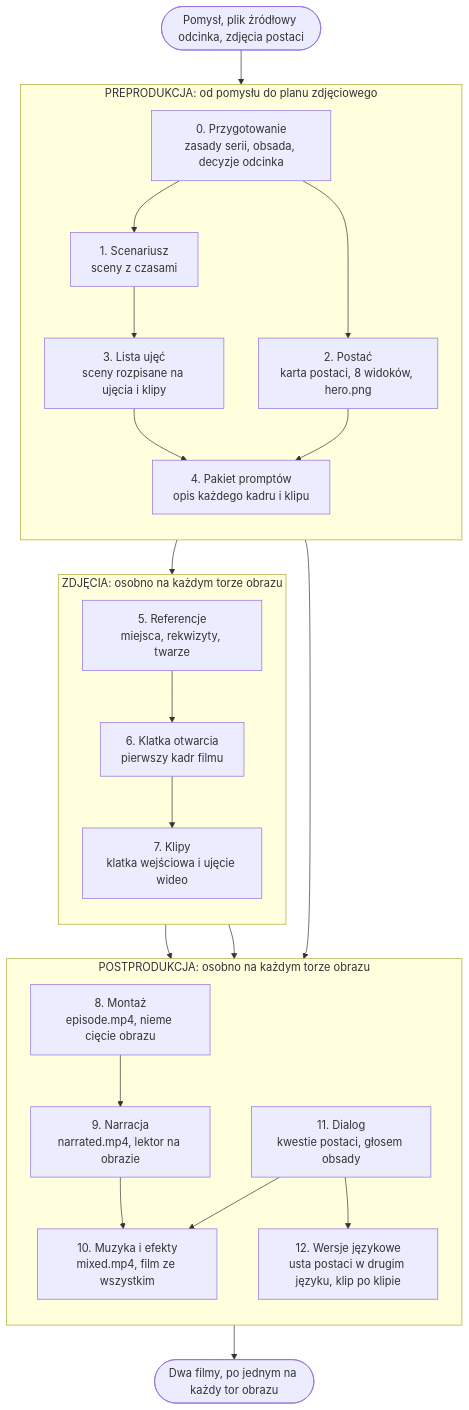
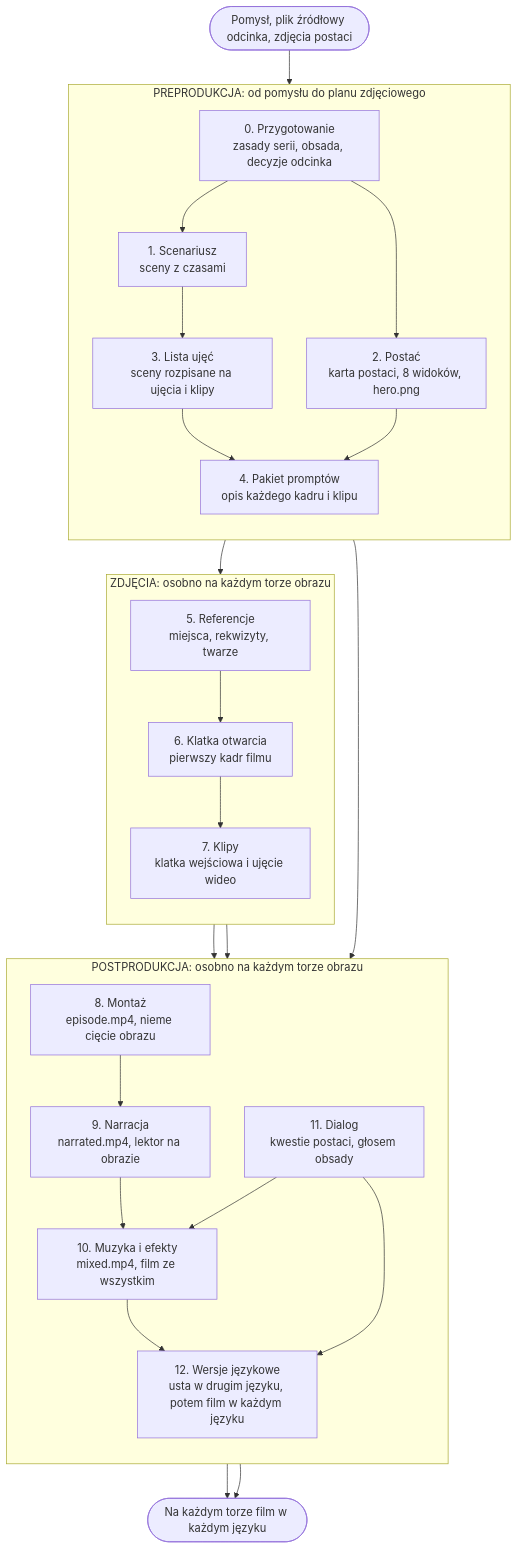
Before and after one commit to auditmos/aimator: the diagram in docs/jak-to-powstaje.md, drawn with Mermaid. The commit also changed other lines of this file and 1 other file, not shown here.

First line of the commit message:
feat(site): etap 12 oddaje dwa filmy toru na stronie „Jak to powstaje”

````diff
--- a/docs/jak-to-powstaje.md
+++ b/docs/jak-to-powstaje.md
@@ -11,44 +11,46 @@
 ```mermaid
 flowchart TB
   IN(["Pomysł, plik źródłowy odcinka, zdjęcia postaci"])
 
   subgraph PRE["PREPRODUKCJA: od pomysłu do planu zdjęciowego"]
     direction TB
     S0["0. Przygotowanie<br/>zasady serii, obsada, decyzje odcinka"]
     S1["1. Scenariusz<br/>sceny z czasami"]
     S2["2. Postać<br/>karta postaci, 8 widoków, hero.png"]
     S3["3. Lista ujęć<br/>sceny rozpisane na ujęcia i klipy"]
     S4["4. Pakiet promptów<br/>opis każdego kadru i klipu"]
     S0 --> S1 --> S3 --> S4
     S0 --> S2 --> S4
   end
 
   subgraph ZDJ["ZDJĘCIA: osobno na każdym torze obrazu"]
     direction TB
     S5["5. Referencje<br/>miejsca, rekwizyty, twarze"]
     S6["6. Klatka otwarcia<br/>pierwszy kadr filmu"]
     S7["7. Klipy<br/>klatka wejściowa i ujęcie wideo"]
     S5 --> S6 --> S7
   end
 
   subgraph POST["POSTPRODUKCJA: osobno na każdym torze obrazu"]
     direction TB
     S8["8. Montaż<br/>episode.mp4, nieme cięcie obrazu"]
     S9["9. Narracja<br/>narrated.mp4, lektor na obrazie"]
     S11["11. Dialog<br/>kwestie postaci, głosem obsady"]
     S10["10. Muzyka i efekty<br/>mixed.mp4, film ze wszystkim"]
-    S12["12. Wersje językowe<br/>usta postaci w drugim języku, klip po klipie"]
+    S12["12. Wersje językowe<br/>usta w drugim języku, potem film w każdym języku"]
     S8 --> S9 --> S10
     S11 --> S10
     S11 --> S12
+    S10 --> S12
   end
 
-  OUT(["Dwa filmy, po jednym na każdy tor obrazu"])
+  OUT(["Na każdym torze film w każdym języku"])
 
   IN --> S0
   S4 --> S5
   S7 --> S8
   S7 --> S12
   S3 --> S11
   S10 --> OUT
+  S12 --> OUT
 ```
````
